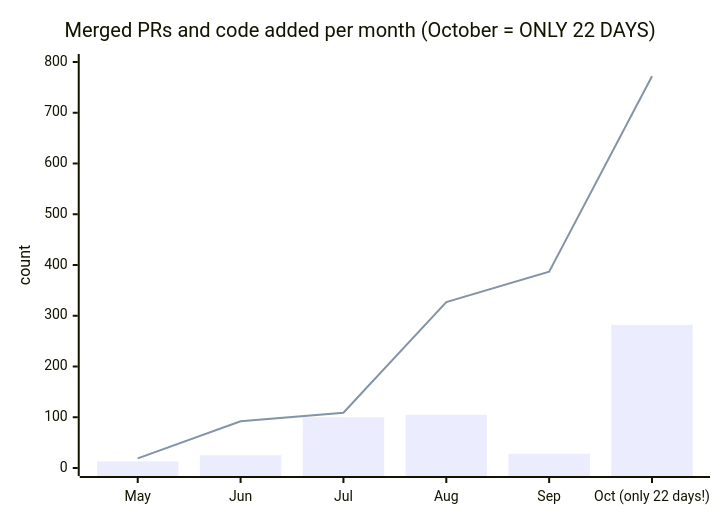
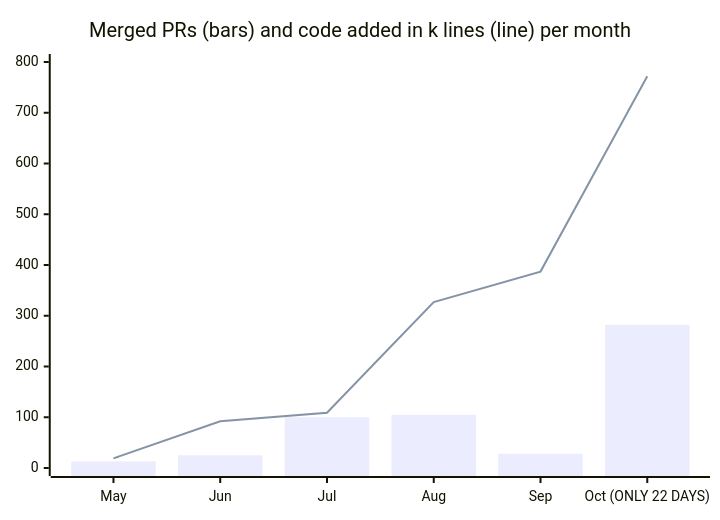
One commit to jayjayholic/jstack changed the diagram in README.md. Above: the diagram before and after it, drawn with Mermaid. The commit also changed other lines of this file and 2 other files, not shown here.

````diff
--- a/README.md
+++ b/README.md
@@ -38,8 +38,8 @@
 ```mermaid
 xychart-beta
-    title "Merged PRs and code added per month (October = ONLY 22 DAYS)"
-    x-axis ["May", "Jun", "Jul", "Aug", "Sep", "Oct (only 22 days!)"]
-    y-axis "count" 0 --> 800
+    title "Merged PRs (bars) and code added in k lines (line) per month"
+    x-axis ["May", "Jun", "Jul", "Aug", "Sep", "Oct (ONLY 22 DAYS)"]
+    y-axis 0 --> 800
     bar [13, 25, 100, 105, 28, 282]
     line [19, 92, 109, 327, 387, 772]
 ```
````
